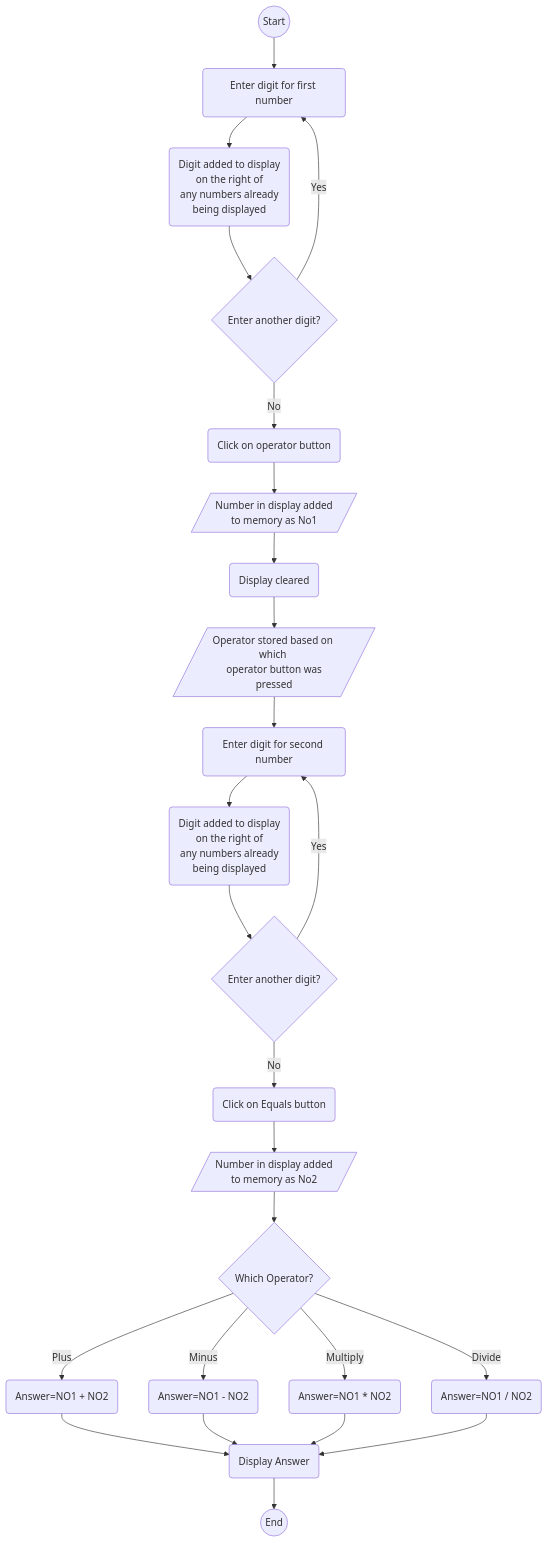
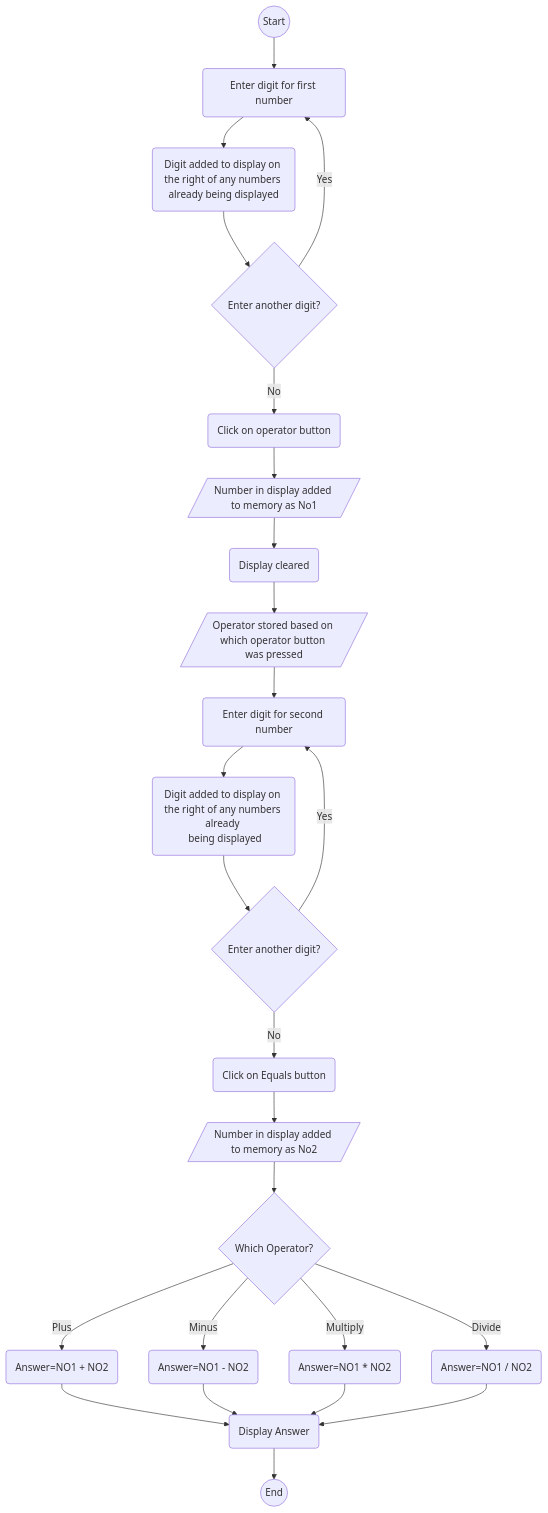
Before and after one commit to NeilParkerBSDC/WebAppExamples: the diagram in README.md, drawn with Mermaid.

````diff
--- a/README.md
+++ b/README.md
@@ -42,29 +42,29 @@
 ```mermaid
 
 flowchart TD
     Start((Start)) --> FN1-1(Enter digit for first number)
-    FN1-1 --> FN1-2(Digit added to display \n on the right of \n any numbers already \n being displayed)
+    FN1-1 --> FN1-2(Digit added to display on the right of any numbers already being displayed)
     FN1-2 -->FN1-3{Enter another digit?}
     FN1-3 --> | Yes | FN1-1
     FN1-3 --> | No | FO(Click on operator button)
-    FO --> FO1[/Number in display added \n to memory as No1/]
+    FO --> FO1[/Number in display added to memory as No1/]
     FO1 --> FO2(Display cleared)
-    FO2 --> FO3[/Operator stored based on which \n operator button was pressed/]
+    FO2 --> FO3[/Operator stored based on which operator button was pressed/]
     FO3 --> FN2-1(Enter digit for second number)
-    FN2-1 --> FN2-2(Digit added to display \n on the right of \n any numbers already \n being displayed)
+    FN2-1 --> FN2-2(Digit added to display on the right of any numbers already \n being displayed)
     FN2-2 -->FN2-3{Enter another digit?}
     FN2-3 --> | Yes | FN2-1
     FN2-3 --> | No | Eq(Click on Equals button)
-    Eq --> Eq1[/Number in display added \n to memory as No2/]
+    Eq --> Eq1[/Number in display added to memory as No2/]
     Eq1 --> Eq2(Display cleared)
     Eq2{Which Operator?}--> | Plus | EQ3-1(Answer=NO1 + NO2)
     Eq2--> | Minus | EQ3-2(Answer=NO1 - NO2)
     Eq2--> | Multiply | EQ3-3(Answer=NO1 * NO2)
     Eq2--> | Divide| EQ3-4(Answer=NO1 / NO2)
     EQ3-1 --> DA(Display Answer)
     EQ3-2 --> DA(Display Answer)
     EQ3-3 --> DA(Display Answer)
     EQ3-4 --> DA(Display Answer)
     DA --> End((End))
 
 ```
````
